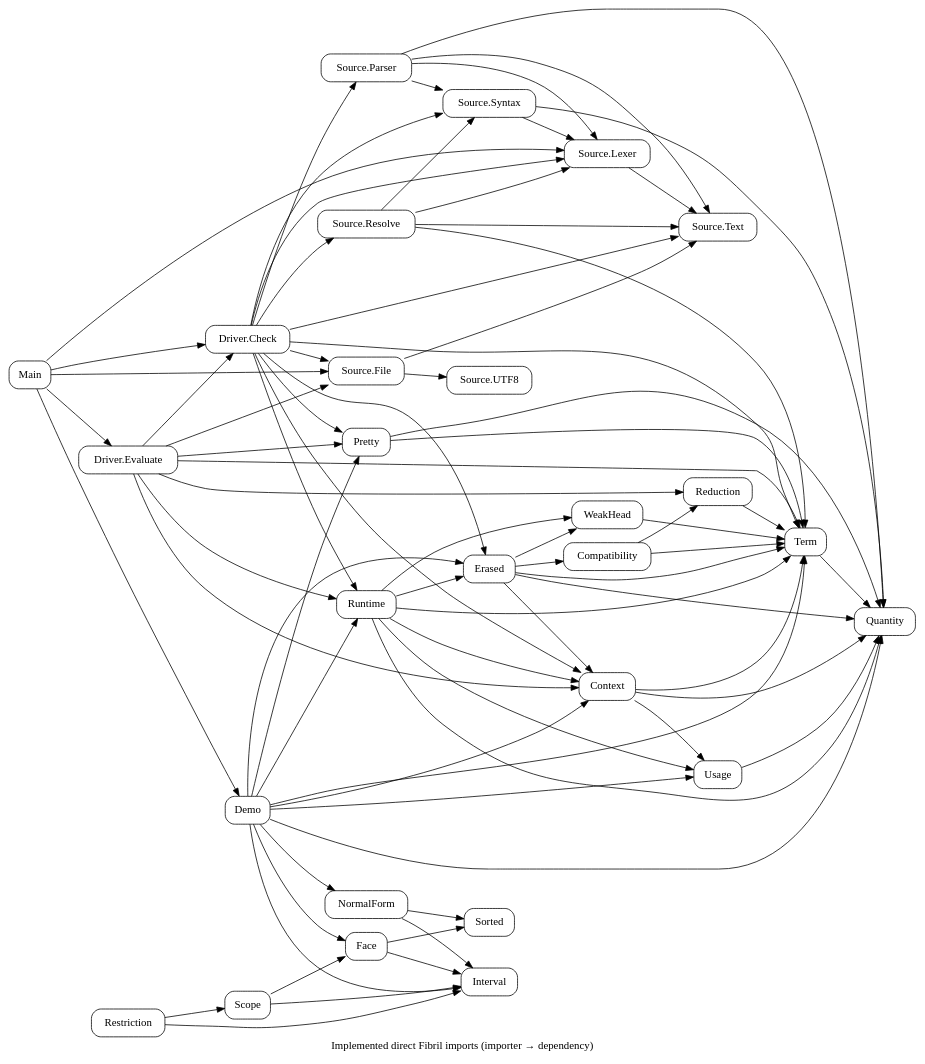
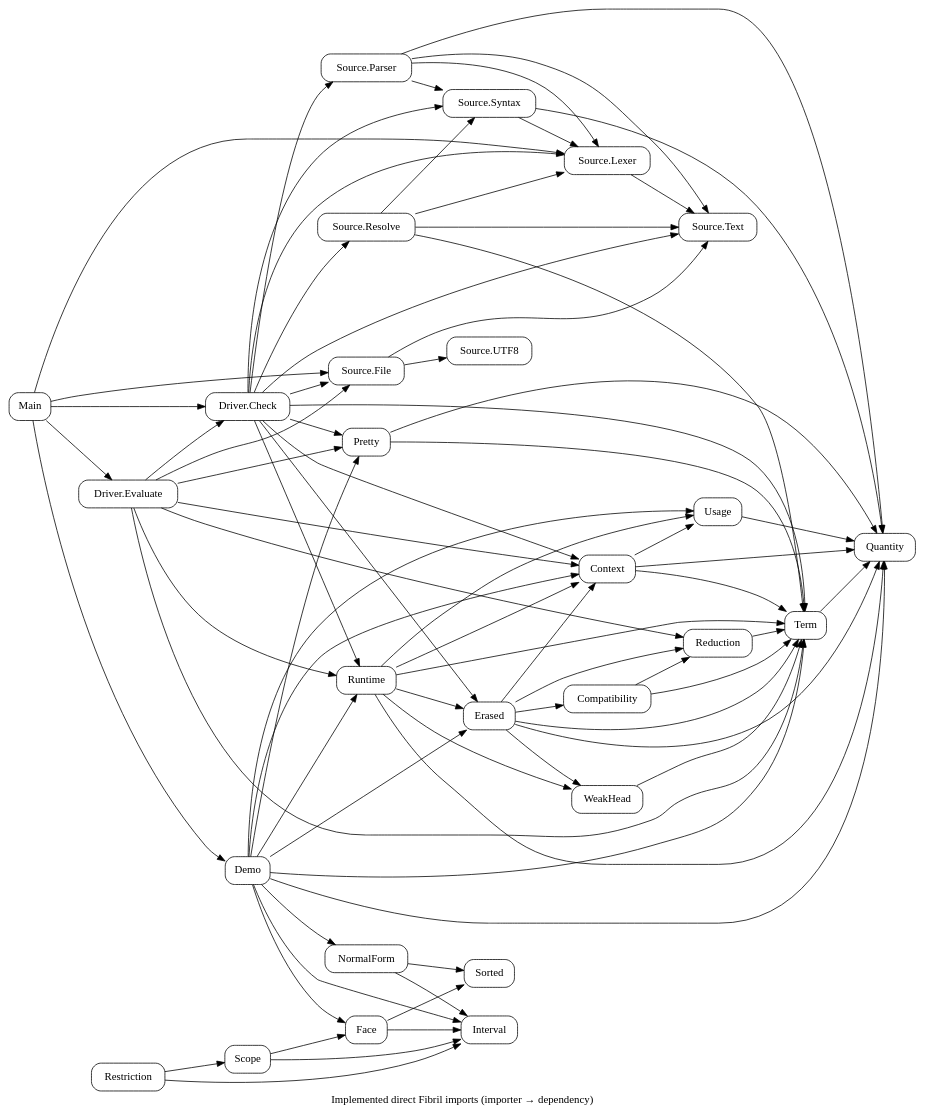
The diagram in docs/diagrams/modules.dot (odunboye/fibril), drawn with Graphviz before and after one commit. The commit also changed 35 other files, not shown here.

```diff
--- a/docs/diagrams/modules.dot
+++ b/docs/diagrams/modules.dot
@@ -1,24 +1,24 @@
 digraph Modules {
 rankdir=LR; node [shape=box,style=rounded];
 "Source.File" -> {"Source.UTF8" "Source.Text"};
 Main -> {"Source.File" "Source.Lexer"};
 "Source.Lexer" -> "Source.Text";
 "Source.Syntax" -> {Quantity "Source.Lexer"};
 "Source.Parser" -> {Quantity "Source.Text" "Source.Lexer" "Source.Syntax"};
 "Source.Resolve" -> {Term "Source.Text" "Source.Lexer" "Source.Syntax"};
 "Driver.Check" -> {"Source.Text" "Source.Lexer" "Source.Syntax" "Source.Parser" "Source.Resolve" "Source.File" Term Context Pretty Erased Runtime};
 Main -> {"Driver.Check" "Driver.Evaluate"};
 "Driver.Evaluate" -> {Context Term Pretty Reduction Runtime "Source.File" "Driver.Check"};
 Quantity; Interval; NormalForm; Face; Scope; Restriction; Term;
 NormalForm -> {Interval Sorted}; Face -> {Interval Sorted};
 Scope -> {Interval Face}; Restriction -> {Interval Scope};
 Demo -> {Quantity Term Context Usage Pretty Erased Runtime Interval NormalForm Face};
 Main -> Demo;
 Pretty -> {Quantity Term};
 Term -> Quantity; Usage -> Quantity; Context -> {Quantity Term Usage};
 Reduction -> Term; WeakHead -> Term;
 Compatibility -> {Term Reduction};
-Erased -> {Quantity Term Context Compatibility WeakHead};
+Erased -> {Quantity Term Context Compatibility WeakHead Reduction};
 Runtime -> {Quantity Term Context Usage WeakHead Erased};
 label="Implemented direct Fibril imports (importer → dependency)";
 }
```
